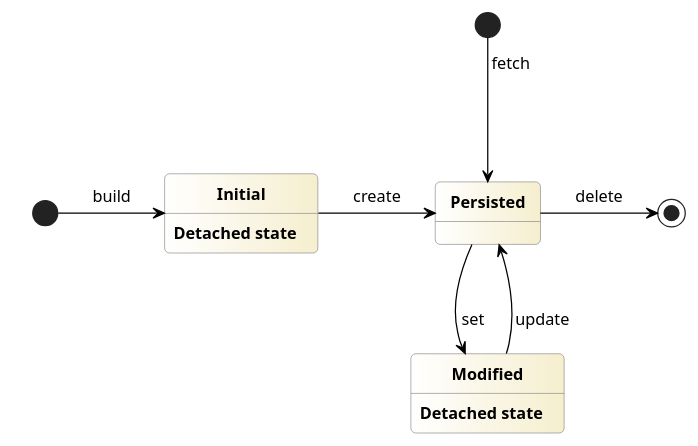
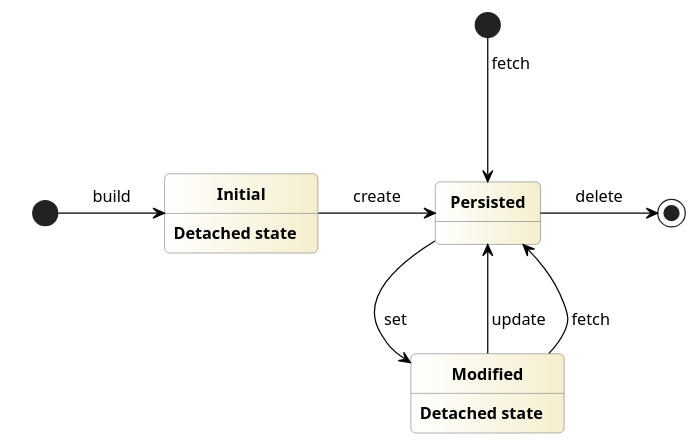
Before and after one commit to BlackBeltTechnology/judo-meta-jsl: the diagram in docs/pages/07_transfer.adoc, drawn with PlantUML. The commit also changed other lines of this file, not shown here.

```diff
--- a/docs/pages/07_transfer.adoc
+++ b/docs/pages/07_transfer.adoc
@@ -368,42 +334,43 @@
 [plantuml, target=diagram-classes, format=png]
 ....
 @startuml lifecycle
 skinparam nodesep 50
 skinparam ranksep 10
 skinparam shadowing false
 
 skinparam padding 2
 skinparam roundCorner 8
 
 skinparam state {
     FontColor<<White>> white
     BackgroundColor<<White>> white
     BorderColor<<White>> white
 
     BackgroundColor white|#f5eece
     BorderColor #grey
     ArrowColor #black
     FontSize 13
     FontStyle bold
 }
 
 state Persisted
 state Modified
 
 state Start <<White>> {
     [*] -right-> Initial : build
     state Initial
 }
 
 
 [*] -down-> Persisted : fetch
 Initial -right-> Persisted : create
 Persisted ---> Modified : set
 Modified ---> Persisted : update
+Modified ---> Persisted : fetch
 Persisted -right-> [*] : delete
 
 Initial: Detached state
 Modified: Detached state
 
 @enduml
 ....
```
